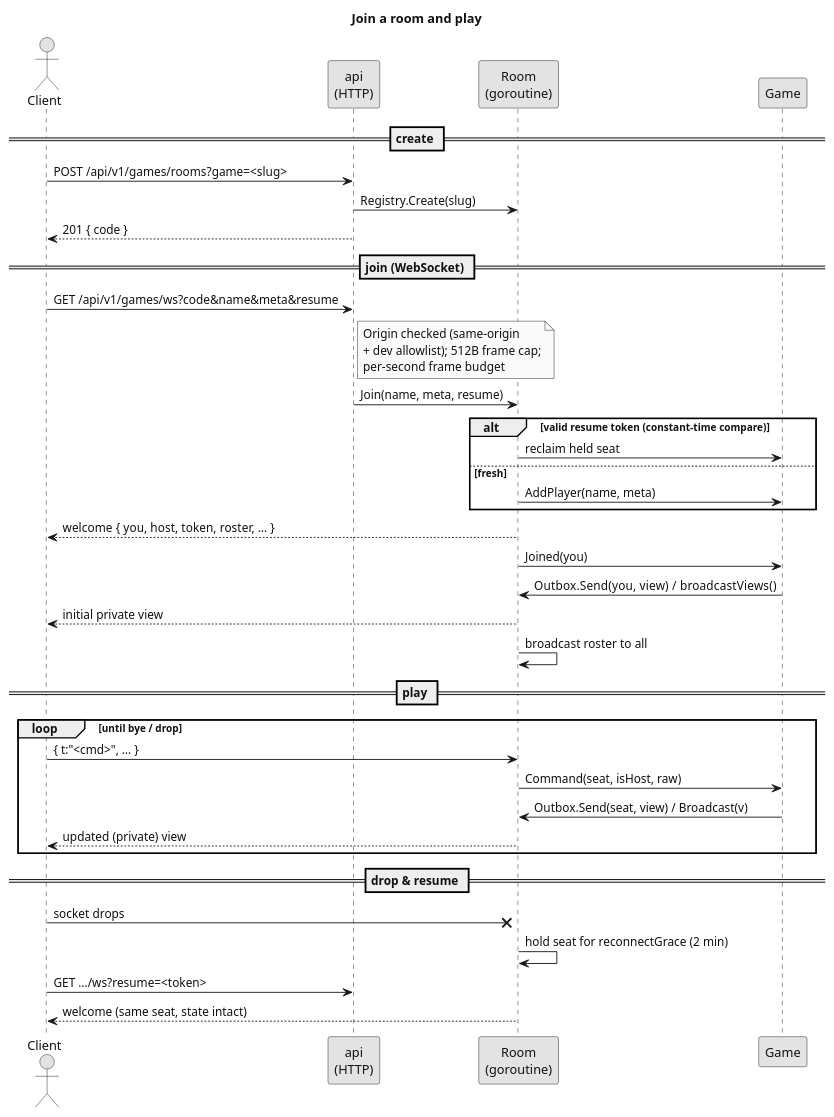
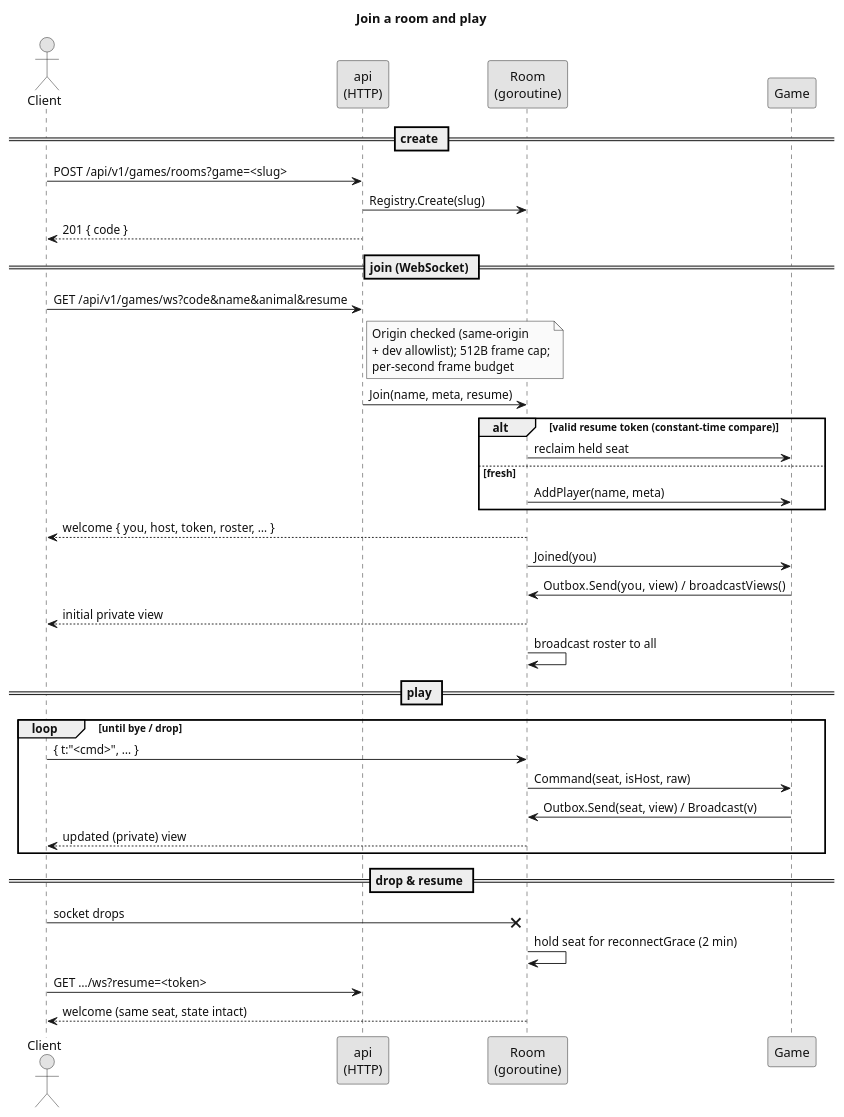
One commit to Niklasvdm/TotemAppIT changed the fourth of 5 diagrams in docs/games-architecture.md. Above: the diagram before and after it, drawn with PlantUML. The commit also changed other lines of this file and 21 other files, not shown here.

````diff
--- a/docs/games-architecture.md
+++ b/docs/games-architecture.md
@@ -273,47 +273,47 @@
 ```plantuml
 @startuml ws-sequence
 title Join a room and play
 skinparam shadowing false
 skinparam backgroundColor #FFFFFF
 skinparam monochrome true
 skinparam defaultFontColor #111111
 actor Client
 participant "api\n(HTTP)" as API
 participant "Room\n(goroutine)" as Room
 participant "Game" as Game
 
 == create ==
 Client -> API : POST /api/v1/games/rooms?game=<slug>
 API -> Room : Registry.Create(slug)
 API --> Client : 201 { code }
 
 == join (WebSocket) ==
-Client -> API : GET /api/v1/games/ws?code&name&meta&resume
+Client -> API : GET /api/v1/games/ws?code&name&animal&resume
 note right of API : Origin checked (same-origin\n+ dev allowlist); 512B frame cap;\nper-second frame budget
 API -> Room : Join(name, meta, resume)
 alt valid resume token (constant-time compare)
   Room -> Game : reclaim held seat
 else fresh
   Room -> Game : AddPlayer(name, meta)
 end
 Room --> Client : welcome { you, host, token, roster, … }
 Room -> Game : Joined(you)
 Game -> Room : Outbox.Send(you, view)  /  broadcastViews()
 Room --> Client : initial private view
 Room -> Room : broadcast roster to all
 
 == play ==
 loop until bye / drop
   Client -> Room : { t:"<cmd>", … }
   Room -> Game : Command(seat, isHost, raw)
   Game -> Room : Outbox.Send(seat, view) / Broadcast(v)
   Room --> Client : updated (private) view
 end
 
 == drop & resume ==
 Client -x Room : socket drops
 Room -> Room : hold seat for reconnectGrace (2 min)
 Client -> API : GET …/ws?resume=<token>
 Room --> Client : welcome (same seat, state intact)
 @enduml
 ```
````
